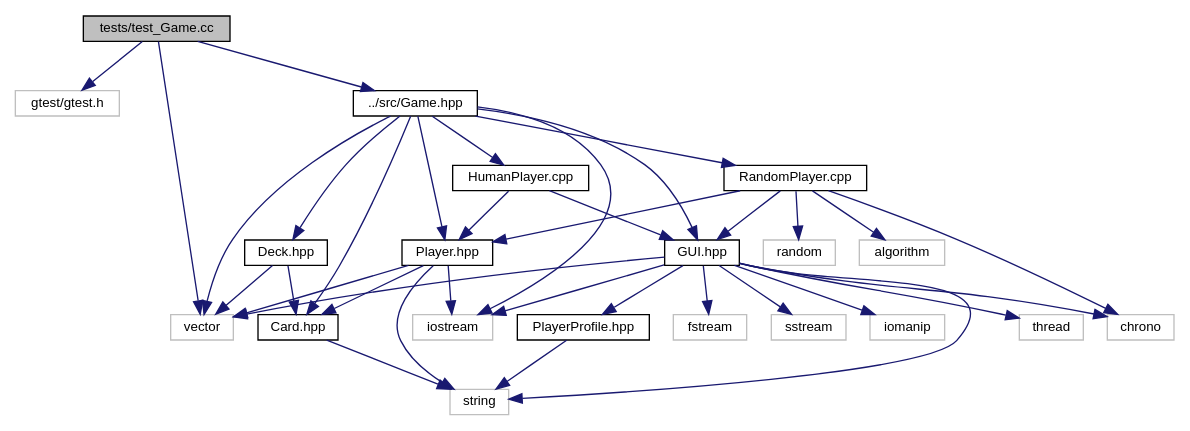
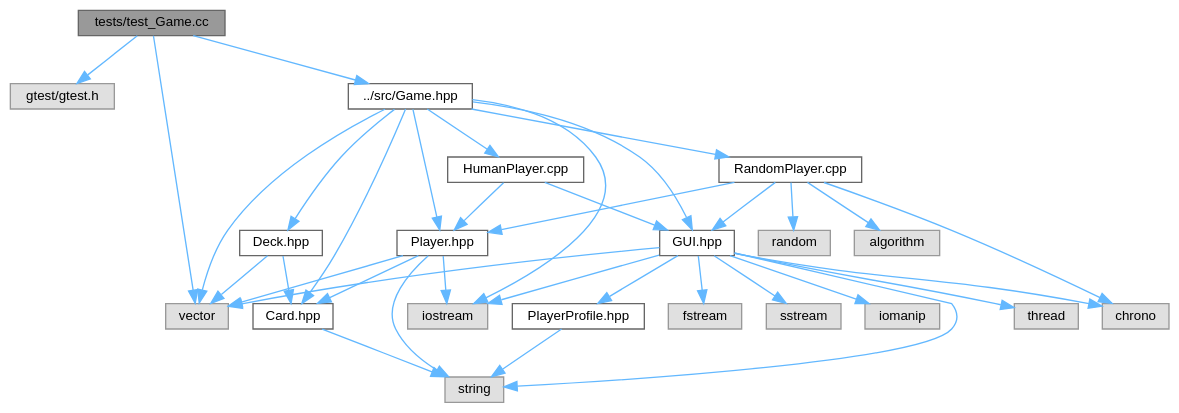
The diagram in test___game_8cc__incl.dot (jesstyrrell/cosc345), drawn with Graphviz before and after one commit. The commit also changed 549 other files, not shown here.

```diff
--- a/test___game_8cc__incl.dot
+++ b/test___game_8cc__incl.dot
@@ -1,62 +1,63 @@
 digraph "tests/test_Game.cc"
 {
  // INTERACTIVE_SVG=YES
  // LATEX_PDF_SIZE
-  edge [fontname="Helvetica",fontsize="10",labelfontname="Helvetica",labelfontsize="10"];
-  node [fontname="Helvetica",fontsize="10",shape=record];
-  Node1 [label="tests/test_Game.cc",height=0.2,width=0.4,color="black", fillcolor="grey75", style="filled", fontcolor="black",tooltip=" "];
-  Node1 -> Node2 [color="midnightblue",fontsize="10",style="solid",fontname="Helvetica"];
-  Node2 [label="gtest/gtest.h",height=0.2,width=0.4,color="grey75", fillcolor="white", style="filled",tooltip=" "];
-  Node1 -> Node3 [color="midnightblue",fontsize="10",style="solid",fontname="Helvetica"];
-  Node3 [label="vector",height=0.2,width=0.4,color="grey75", fillcolor="white", style="filled",tooltip=" "];
-  Node1 -> Node4 [color="midnightblue",fontsize="10",style="solid",fontname="Helvetica"];
-  Node4 [label="../src/Game.hpp",height=0.2,width=0.4,color="black", fillcolor="white", style="filled",URL="$_game_8hpp.html",tooltip=" "];
-  Node4 -> Node5 [color="midnightblue",fontsize="10",style="solid",fontname="Helvetica"];
-  Node5 [label="iostream",height=0.2,width=0.4,color="grey75", fillcolor="white", style="filled",tooltip=" "];
-  Node4 -> Node3 [color="midnightblue",fontsize="10",style="solid",fontname="Helvetica"];
-  Node4 -> Node6 [color="midnightblue",fontsize="10",style="solid",fontname="Helvetica"];
-  Node6 [label="Player.hpp",height=0.2,width=0.4,color="black", fillcolor="white", style="filled",URL="$_player_8hpp.html",tooltip=" "];
-  Node6 -> Node5 [color="midnightblue",fontsize="10",style="solid",fontname="Helvetica"];
-  Node6 -> Node3 [color="midnightblue",fontsize="10",style="solid",fontname="Helvetica"];
-  Node6 -> Node7 [color="midnightblue",fontsize="10",style="solid",fontname="Helvetica"];
-  Node7 [label="string",height=0.2,width=0.4,color="grey75", fillcolor="white", style="filled",tooltip=" "];
-  Node6 -> Node8 [color="midnightblue",fontsize="10",style="solid",fontname="Helvetica"];
-  Node8 [label="Card.hpp",height=0.2,width=0.4,color="black", fillcolor="white", style="filled",URL="$_card_8hpp.html",tooltip=" "];
-  Node8 -> Node7 [color="midnightblue",fontsize="10",style="solid",fontname="Helvetica"];
-  Node4 -> Node9 [color="midnightblue",fontsize="10",style="solid",fontname="Helvetica"];
-  Node9 [label="RandomPlayer.cpp",height=0.2,width=0.4,color="black", fillcolor="white", style="filled",URL="$_random_player_8cpp.html",tooltip=" "];
-  Node9 -> Node6 [color="midnightblue",fontsize="10",style="solid",fontname="Helvetica"];
-  Node9 -> Node10 [color="midnightblue",fontsize="10",style="solid",fontname="Helvetica"];
-  Node10 [label="GUI.hpp",height=0.2,width=0.4,color="black", fillcolor="white", style="filled",URL="$_g_u_i_8hpp.html",tooltip=" "];
-  Node10 -> Node5 [color="midnightblue",fontsize="10",style="solid",fontname="Helvetica"];
-  Node10 -> Node7 [color="midnightblue",fontsize="10",style="solid",fontname="Helvetica"];
-  Node10 -> Node3 [color="midnightblue",fontsize="10",style="solid",fontname="Helvetica"];
-  Node10 -> Node11 [color="midnightblue",fontsize="10",style="solid",fontname="Helvetica"];
-  Node11 [label="thread",height=0.2,width=0.4,color="grey75", fillcolor="white", style="filled",tooltip=" "];
-  Node10 -> Node12 [color="midnightblue",fontsize="10",style="solid",fontname="Helvetica"];
-  Node12 [label="fstream",height=0.2,width=0.4,color="grey75", fillcolor="white", style="filled",tooltip=" "];
-  Node10 -> Node13 [color="midnightblue",fontsize="10",style="solid",fontname="Helvetica"];
-  Node13 [label="sstream",height=0.2,width=0.4,color="grey75", fillcolor="white", style="filled",tooltip=" "];
-  Node10 -> Node14 [color="midnightblue",fontsize="10",style="solid",fontname="Helvetica"];
-  Node14 [label="chrono",height=0.2,width=0.4,color="grey75", fillcolor="white", style="filled",tooltip=" "];
-  Node10 -> Node15 [color="midnightblue",fontsize="10",style="solid",fontname="Helvetica"];
-  Node15 [label="iomanip",height=0.2,width=0.4,color="grey75", fillcolor="white", style="filled",tooltip=" "];
-  Node10 -> Node16 [color="midnightblue",fontsize="10",style="solid",fontname="Helvetica"];
-  Node16 [label="PlayerProfile.hpp",height=0.2,width=0.4,color="black", fillcolor="white", style="filled",URL="$_player_profile_8hpp.html",tooltip=" "];
-  Node16 -> Node7 [color="midnightblue",fontsize="10",style="solid",fontname="Helvetica"];
-  Node9 -> Node17 [color="midnightblue",fontsize="10",style="solid",fontname="Helvetica"];
-  Node17 [label="random",height=0.2,width=0.4,color="grey75", fillcolor="white", style="filled",tooltip=" "];
-  Node9 -> Node14 [color="midnightblue",fontsize="10",style="solid",fontname="Helvetica"];
-  Node9 -> Node18 [color="midnightblue",fontsize="10",style="solid",fontname="Helvetica"];
-  Node18 [label="algorithm",height=0.2,width=0.4,color="grey75", fillcolor="white", style="filled",tooltip=" "];
-  Node4 -> Node19 [color="midnightblue",fontsize="10",style="solid",fontname="Helvetica"];
-  Node19 [label="HumanPlayer.cpp",height=0.2,width=0.4,color="black", fillcolor="white", style="filled",URL="$_human_player_8cpp.html",tooltip=" "];
-  Node19 -> Node6 [color="midnightblue",fontsize="10",style="solid",fontname="Helvetica"];
-  Node19 -> Node10 [color="midnightblue",fontsize="10",style="solid",fontname="Helvetica"];
-  Node4 -> Node20 [color="midnightblue",fontsize="10",style="solid",fontname="Helvetica"];
-  Node20 [label="Deck.hpp",height=0.2,width=0.4,color="black", fillcolor="white", style="filled",URL="$_deck_8hpp.html",tooltip=" "];
-  Node20 -> Node3 [color="midnightblue",fontsize="10",style="solid",fontname="Helvetica"];
-  Node20 -> Node8 [color="midnightblue",fontsize="10",style="solid",fontname="Helvetica"];
-  Node4 -> Node8 [color="midnightblue",fontsize="10",style="solid",fontname="Helvetica"];
-  Node4 -> Node10 [color="midnightblue",fontsize="10",style="solid",fontname="Helvetica"];
+  bgcolor="transparent";
+  edge [fontname=Helvetica,fontsize=10,labelfontname=Helvetica,labelfontsize=10];
+  node [fontname=Helvetica,fontsize=10,shape=box,height=0.2,width=0.4];
+  Node1 [id="Node000001",label="tests/test_Game.cc",height=0.2,width=0.4,color="gray40", fillcolor="grey60", style="filled", fontcolor="black",tooltip=" "];
+  Node1 -> Node2 [id="edge1_Node000001_Node000002",color="steelblue1",style="solid",tooltip=" "];
+  Node2 [id="Node000002",label="gtest/gtest.h",height=0.2,width=0.4,color="grey60", fillcolor="#E0E0E0", style="filled",tooltip=" "];
+  Node1 -> Node3 [id="edge2_Node000001_Node000003",color="steelblue1",style="solid",tooltip=" "];
+  Node3 [id="Node000003",label="vector",height=0.2,width=0.4,color="grey60", fillcolor="#E0E0E0", style="filled",tooltip=" "];
+  Node1 -> Node4 [id="edge3_Node000001_Node000004",color="steelblue1",style="solid",tooltip=" "];
+  Node4 [id="Node000004",label="../src/Game.hpp",height=0.2,width=0.4,color="grey40", fillcolor="white", style="filled",URL="$_game_8hpp.html",tooltip=" "];
+  Node4 -> Node5 [id="edge4_Node000004_Node000005",color="steelblue1",style="solid",tooltip=" "];
+  Node5 [id="Node000005",label="iostream",height=0.2,width=0.4,color="grey60", fillcolor="#E0E0E0", style="filled",tooltip=" "];
+  Node4 -> Node3 [id="edge5_Node000004_Node000003",color="steelblue1",style="solid",tooltip=" "];
+  Node4 -> Node6 [id="edge6_Node000004_Node000006",color="steelblue1",style="solid",tooltip=" "];
+  Node6 [id="Node000006",label="Player.hpp",height=0.2,width=0.4,color="grey40", fillcolor="white", style="filled",URL="$_player_8hpp.html",tooltip=" "];
+  Node6 -> Node5 [id="edge7_Node000006_Node000005",color="steelblue1",style="solid",tooltip=" "];
+  Node6 -> Node3 [id="edge8_Node000006_Node000003",color="steelblue1",style="solid",tooltip=" "];
+  Node6 -> Node7 [id="edge9_Node000006_Node000007",color="steelblue1",style="solid",tooltip=" "];
+  Node7 [id="Node000007",label="string",height=0.2,width=0.4,color="grey60", fillcolor="#E0E0E0", style="filled",tooltip=" "];
+  Node6 -> Node8 [id="edge10_Node000006_Node000008",color="steelblue1",style="solid",tooltip=" "];
+  Node8 [id="Node000008",label="Card.hpp",height=0.2,width=0.4,color="grey40", fillcolor="white", style="filled",URL="$_card_8hpp.html",tooltip=" "];
+  Node8 -> Node7 [id="edge11_Node000008_Node000007",color="steelblue1",style="solid",tooltip=" "];
+  Node4 -> Node9 [id="edge12_Node000004_Node000009",color="steelblue1",style="solid",tooltip=" "];
+  Node9 [id="Node000009",label="RandomPlayer.cpp",height=0.2,width=0.4,color="grey40", fillcolor="white", style="filled",URL="$_random_player_8cpp.html",tooltip=" "];
+  Node9 -> Node6 [id="edge13_Node000009_Node000006",color="steelblue1",style="solid",tooltip=" "];
+  Node9 -> Node10 [id="edge14_Node000009_Node000010",color="steelblue1",style="solid",tooltip=" "];
+  Node10 [id="Node000010",label="GUI.hpp",height=0.2,width=0.4,color="grey40", fillcolor="white", style="filled",URL="$_g_u_i_8hpp.html",tooltip=" "];
+  Node10 -> Node5 [id="edge15_Node000010_Node000005",color="steelblue1",style="solid",tooltip=" "];
+  Node10 -> Node7 [id="edge16_Node000010_Node000007",color="steelblue1",style="solid",tooltip=" "];
+  Node10 -> Node3 [id="edge17_Node000010_Node000003",color="steelblue1",style="solid",tooltip=" "];
+  Node10 -> Node11 [id="edge18_Node000010_Node000011",color="steelblue1",style="solid",tooltip=" "];
+  Node11 [id="Node000011",label="thread",height=0.2,width=0.4,color="grey60", fillcolor="#E0E0E0", style="filled",tooltip=" "];
+  Node10 -> Node12 [id="edge19_Node000010_Node000012",color="steelblue1",style="solid",tooltip=" "];
+  Node12 [id="Node000012",label="fstream",height=0.2,width=0.4,color="grey60", fillcolor="#E0E0E0", style="filled",tooltip=" "];
+  Node10 -> Node13 [id="edge20_Node000010_Node000013",color="steelblue1",style="solid",tooltip=" "];
+  Node13 [id="Node000013",label="sstream",height=0.2,width=0.4,color="grey60", fillcolor="#E0E0E0", style="filled",tooltip=" "];
+  Node10 -> Node14 [id="edge21_Node000010_Node000014",color="steelblue1",style="solid",tooltip=" "];
+  Node14 [id="Node000014",label="chrono",height=0.2,width=0.4,color="grey60", fillcolor="#E0E0E0", style="filled",tooltip=" "];
+  Node10 -> Node15 [id="edge22_Node000010_Node000015",color="steelblue1",style="solid",tooltip=" "];
+  Node15 [id="Node000015",label="iomanip",height=0.2,width=0.4,color="grey60", fillcolor="#E0E0E0", style="filled",tooltip=" "];
+  Node10 -> Node16 [id="edge23_Node000010_Node000016",color="steelblue1",style="solid",tooltip=" "];
+  Node16 [id="Node000016",label="PlayerProfile.hpp",height=0.2,width=0.4,color="grey40", fillcolor="white", style="filled",URL="$_player_profile_8hpp.html",tooltip=" "];
+  Node16 -> Node7 [id="edge24_Node000016_Node000007",color="steelblue1",style="solid",tooltip=" "];
+  Node9 -> Node17 [id="edge25_Node000009_Node000017",color="steelblue1",style="solid",tooltip=" "];
+  Node17 [id="Node000017",label="random",height=0.2,width=0.4,color="grey60", fillcolor="#E0E0E0", style="filled",tooltip=" "];
+  Node9 -> Node14 [id="edge26_Node000009_Node000014",color="steelblue1",style="solid",tooltip=" "];
+  Node9 -> Node18 [id="edge27_Node000009_Node000018",color="steelblue1",style="solid",tooltip=" "];
+  Node18 [id="Node000018",label="algorithm",height=0.2,width=0.4,color="grey60", fillcolor="#E0E0E0", style="filled",tooltip=" "];
+  Node4 -> Node19 [id="edge28_Node000004_Node000019",color="steelblue1",style="solid",tooltip=" "];
+  Node19 [id="Node000019",label="HumanPlayer.cpp",height=0.2,width=0.4,color="grey40", fillcolor="white", style="filled",URL="$_human_player_8cpp.html",tooltip=" "];
+  Node19 -> Node6 [id="edge29_Node000019_Node000006",color="steelblue1",style="solid",tooltip=" "];
+  Node19 -> Node10 [id="edge30_Node000019_Node000010",color="steelblue1",style="solid",tooltip=" "];
+  Node4 -> Node20 [id="edge31_Node000004_Node000020",color="steelblue1",style="solid",tooltip=" "];
+  Node20 [id="Node000020",label="Deck.hpp",height=0.2,width=0.4,color="grey40", fillcolor="white", style="filled",URL="$_deck_8hpp.html",tooltip=" "];
+  Node20 -> Node3 [id="edge32_Node000020_Node000003",color="steelblue1",style="solid",tooltip=" "];
+  Node20 -> Node8 [id="edge33_Node000020_Node000008",color="steelblue1",style="solid",tooltip=" "];
+  Node4 -> Node8 [id="edge34_Node000004_Node000008",color="steelblue1",style="solid",tooltip=" "];
+  Node4 -> Node10 [id="edge35_Node000004_Node000010",color="steelblue1",style="solid",tooltip=" "];
 }
```
